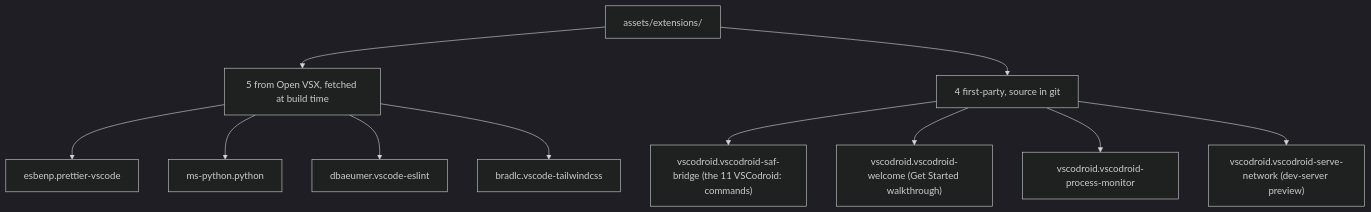
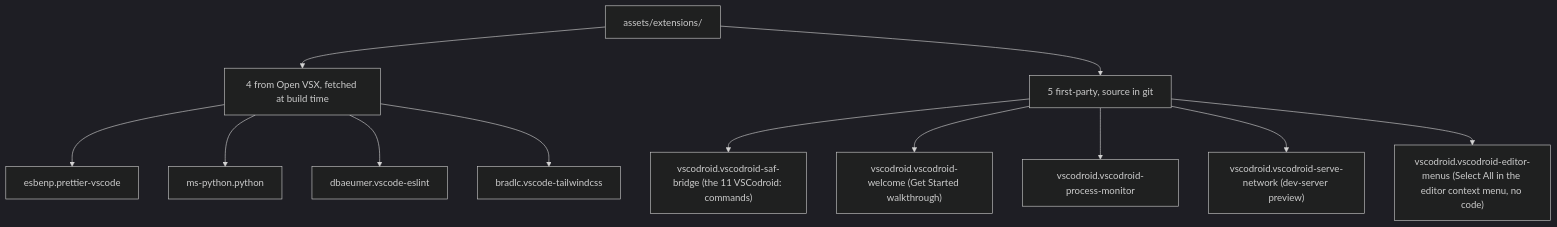
One commit to rmyndharis/VSCodroid changed the third of 3 diagrams in docs/05-API_SPEC.md. Above: the diagram before and after it, drawn with Mermaid (dark theme). The commit also changed other lines of this file and 39 other files, not shown here.

````diff
--- a/docs/05-API_SPEC.md
+++ b/docs/05-API_SPEC.md
@@ -1072,13 +1072,14 @@
 ```mermaid
 flowchart TD
-  ROOT["assets/extensions/"] --> T["5 from Open VSX, fetched at build time"]
-  ROOT --> O["4 first-party, source in git"]
+  ROOT["assets/extensions/"] --> T["4 from Open VSX, fetched at build time"]
+  ROOT --> O["5 first-party, source in git"]
   T --> T2["esbenp.prettier-vscode"]
   T --> T3["ms-python.python"]
   T --> T4["dbaeumer.vscode-eslint"]
   T --> T5["bradlc.vscode-tailwindcss"]
   O --> O1["vscodroid.vscodroid-saf-bridge (the 11 VSCodroid: commands)"]
   O --> O2["vscodroid.vscodroid-welcome (Get Started walkthrough)"]
   O --> O3["vscodroid.vscodroid-process-monitor"]
   O --> O4["vscodroid.vscodroid-serve-network (dev-server preview)"]
+  O --> O5["vscodroid.vscodroid-editor-menus (Select All in the editor context menu, no code)"]
 ```
````
